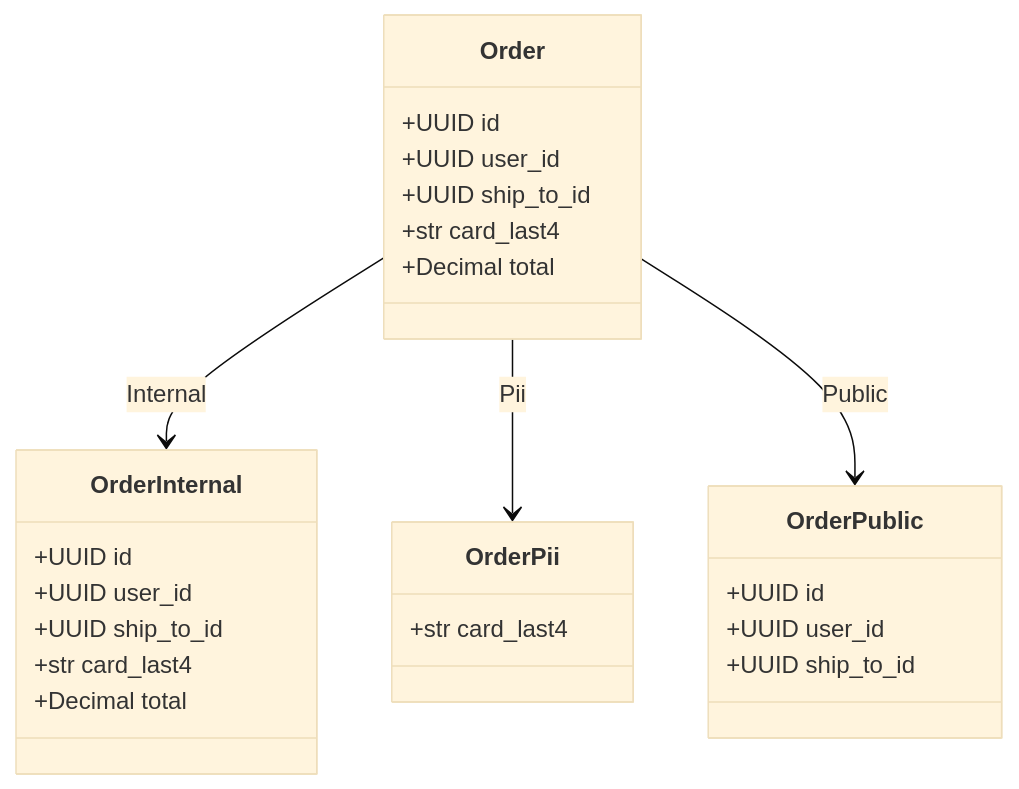
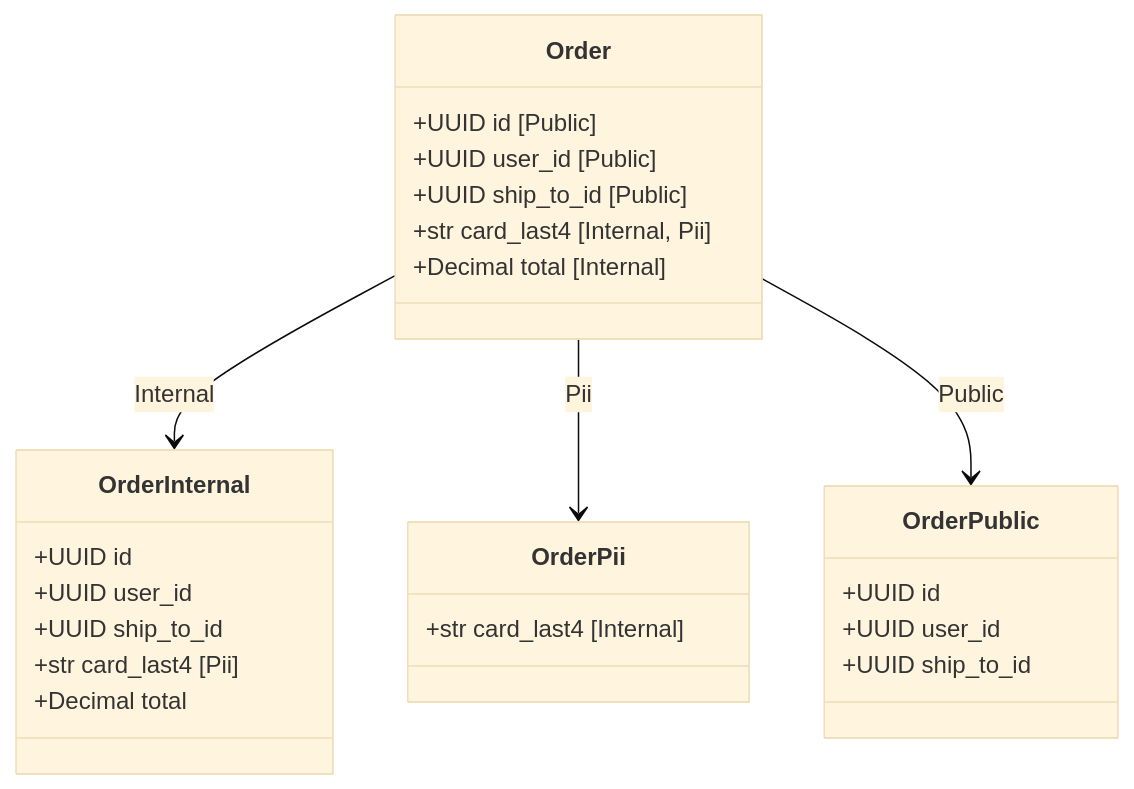
One commit to release-art/pydantic-prism changed the third of 6 diagrams in examples/pii_dataflow/README.md. Above: the diagram before and after it, drawn with Mermaid (base theme). The commit also changed other lines of this file and 49 other files, not shown here.

````diff
--- a/examples/pii_dataflow/README.md
+++ b/examples/pii_dataflow/README.md
@@ -77,29 +77,29 @@
 ```mermaid
 classDiagram
     direction TB
     class Order {
-        +UUID id
-        +UUID user_id
-        +UUID ship_to_id
-        +str card_last4
-        +Decimal total
+        +UUID id [Public]
+        +UUID user_id [Public]
+        +UUID ship_to_id [Public]
+        +str card_last4 [Internal, Pii]
+        +Decimal total [Internal]
     }
     class OrderInternal {
         +UUID id
         +UUID user_id
         +UUID ship_to_id
-        +str card_last4
+        +str card_last4 [Pii]
         +Decimal total
     }
     class OrderPii {
-        +str card_last4
+        +str card_last4 [Internal]
     }
     class OrderPublic {
         +UUID id
         +UUID user_id
         +UUID ship_to_id
     }
     Order --> OrderInternal : Internal
     Order --> OrderPii : Pii
     Order --> OrderPublic : Public
 ```
````
